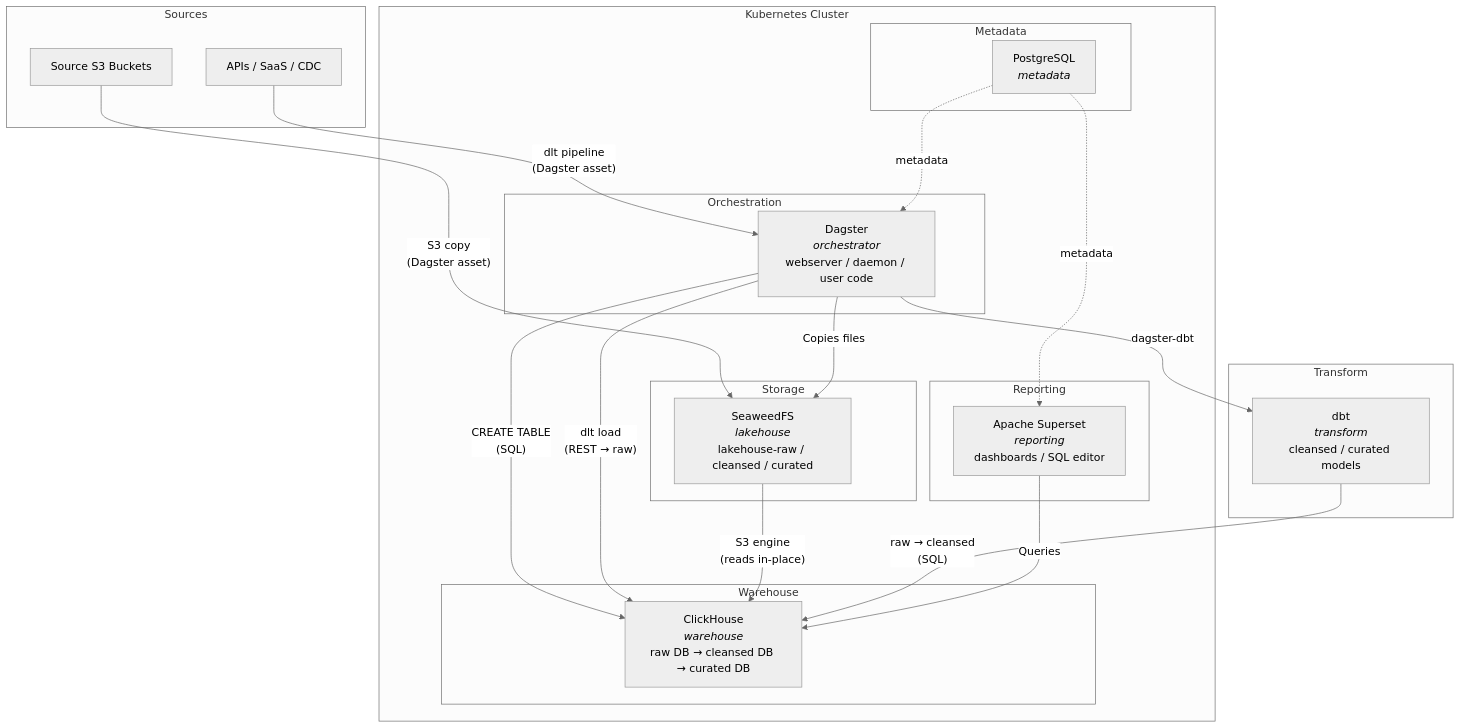
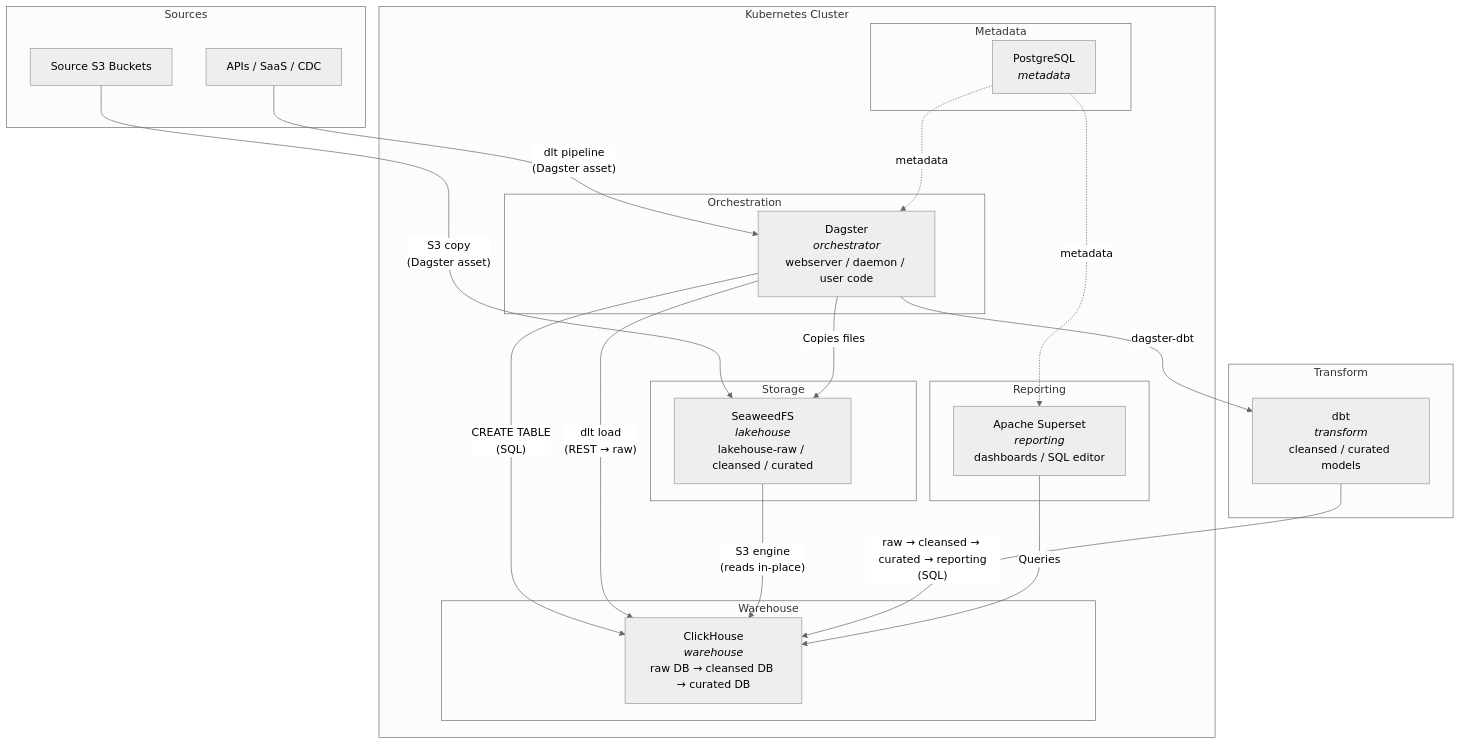
The diagram in README.md (dfunto/os-data-platform), drawn with Mermaid (neutral theme) before and after one commit. The commit also changed other lines of this file and 23 other files, not shown here.

Commit message:
refactor curated layer and add reporting layer to prepare for semantic layer

````diff
--- a/README.md
+++ b/README.md
@@ -20,45 +20,45 @@
 ```mermaid
 graph TB
     subgraph Sources
         S3["Source S3 Buckets"]
         API["APIs / SaaS / CDC"]
     end
 
     subgraph K8s["Kubernetes Cluster"]
         subgraph Orchestration
             Dagster["Dagster<br/><i>orchestrator</i><br/>webserver / daemon / user code"]
         end
 
         subgraph Storage
             SeaweedFS["SeaweedFS<br/><i>lakehouse</i><br/>lakehouse-raw / cleansed / curated"]
         end
 
         subgraph Warehouse
             ClickHouse["ClickHouse<br/><i>warehouse</i><br/>raw DB → cleansed DB → curated DB"]
         end
 
         subgraph Reporting
             Superset["Apache Superset<br/><i>reporting</i><br/>dashboards / SQL editor"]
         end
 
         subgraph Metadata
             Postgres["PostgreSQL<br/><i>metadata</i>"]
         end
     end
 
     subgraph Transform
         dbt["dbt<br/><i>transform</i><br/>cleansed / curated models"]
     end
 
     S3 -- "S3 copy<br/>(Dagster asset)" --> SeaweedFS
     API -- "dlt pipeline<br/>(Dagster asset)" --> Dagster
     Dagster -- "Copies files" --> SeaweedFS
     Dagster -- "CREATE TABLE<br/>(SQL)" --> ClickHouse
     Dagster -- "dlt load<br/>(REST → raw)" --> ClickHouse
     SeaweedFS -- "S3 engine<br/>(reads in-place)" --> ClickHouse
     Dagster -- "dagster-dbt" --> dbt
-    dbt -- "raw → cleansed<br/>(SQL)" --> ClickHouse
+    dbt -- "raw → cleansed → curated → reporting<br/>(SQL)" --> ClickHouse
     Superset -- "Queries" --> ClickHouse
     Postgres -. "metadata" .-> Dagster
     Postgres -. "metadata" .-> Superset
 ```
````
